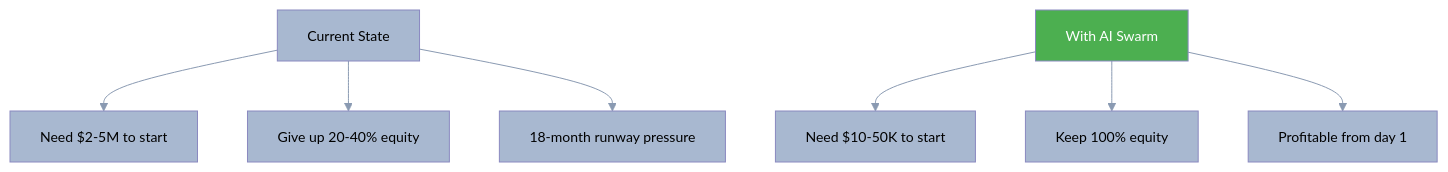
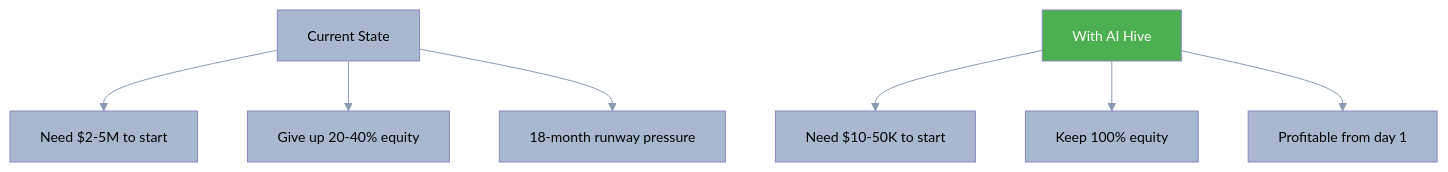
Before and after one commit to o2alexanderfedin/AI-Hive-Business-Docs: the second of 7 diagrams in business-documents/market-analysis/07-market-opportunities.md, drawn with Mermaid. The commit also changed other lines of this file and 22 other files, not shown here.

First line of the commit message:
Replace all references from 'AI Swarm' to 'AI Hive' across project

````diff
--- a/business-documents/market-analysis/07-market-opportunities.md
+++ b/business-documents/market-analysis/07-market-opportunities.md
@@ -118,74 +118,74 @@
 ```mermaid
 %%{init: {
   'theme': 'base',
   'themeVariables': {
     'primaryColor': '#A8B8D0',
     'primaryTextColor': '#000000',
     'primaryBorderColor': '#8A9AB2',
     'lineColor': '#8A9AB2',
     'secondaryColor': '#5DBCB6',
     'secondaryTextColor': '#000000',
     'secondaryBorderColor': '#3D9A94',
     'tertiaryColor': '#84D4F5',
     'tertiaryTextColor': '#000000',
     'tertiaryBorderColor': '#5ABCD8',
     'background': '#F5F5F5',
     'mainBkg': '#A8B8D0',
     'secondBkg': '#5DBCB6',
     'tertiaryBkg': '#84D4F5',
     'mainContrastColor': '#000000',
     'darkMode': false,
     'fontFamily': 'Arial, sans-serif',
     'fontSize': '14px',
     'labelBackground': '#E8E8E8',
     'textColor': '#000000',
     'nodeBkg': '#B3B2D8',
     'nodeTextColor': '#000000',
     'nodeBorder': '#8A89C0',
     'clusterBkg': '#E5C4CA',
     'clusterBorder': '#CDA2AB',
     'defaultLinkColor': '#8A9AB2',
     'titleColor': '#000000',
     'edgeLabelBackground': '#F5F5F5',
     'actorBorder': '#8A9AB2',
     'actorBkg': '#B3B2D8',
     'actorTextColor': '#000000',
     'actorLineColor': '#8A9AB2',
     'signalColor': '#000000',
     'signalTextColor': '#000000',
     'activationBorderColor': '#8A9AB2',
     'activationBkgColor': '#E5C4CA',
     'sequenceNumberColor': '#000000',
     'sectionBkgColor': '#FFD54F',
     'altSectionBkgColor': '#FFB74D',
     'sectionBkgColor2': '#E1B3C4',
     'taskBorderColor': '#8A9AB2',
     'taskBkgColor': '#B3B2D8',
     'taskTextColor': '#000000',
     'taskTextLightColor': '#000000',
     'taskTextOutsideColor': '#000000',
     'taskTextClickableColor': '#000000',
     'activeTaskBorderColor': '#A8B8D0',
     'activeTaskBkgColor': '#84D4F5',
     'gridColor': '#C0C0C0',
     'doneTaskBkgColor': '#5DBCB6',
     'doneTaskBorderColor': '#3D9A94',
     'critBorderColor': '#E27D00',
     'critBkgColor': '#FFB74D',
     'todayLineColor': '#E27D00',
     'labelColor': '#000000',
     'errorBkgColor': '#E1B3C4',
     'errorTextColor': '#000000'
   }
 }}%%
 graph TD
     A[Current State] --> A1[Need $2-5M to start]
     A --> A2[Give up 20-40% equity]
     A --> A3[18-month runway pressure]
 
-    B[With AI Swarm] --> B1[Need $10-50K to start]
+    B[With AI Hive] --> B1[Need $10-50K to start]
     B --> B2[Keep 100% equity]
     B --> B3[Profitable from day 1]
 
     style B fill:#4CAF50,color:#fff
 ```
````
